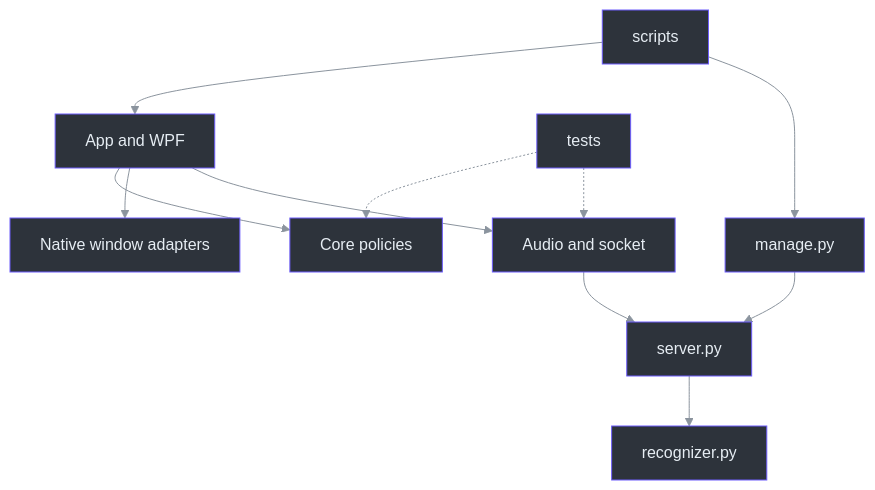
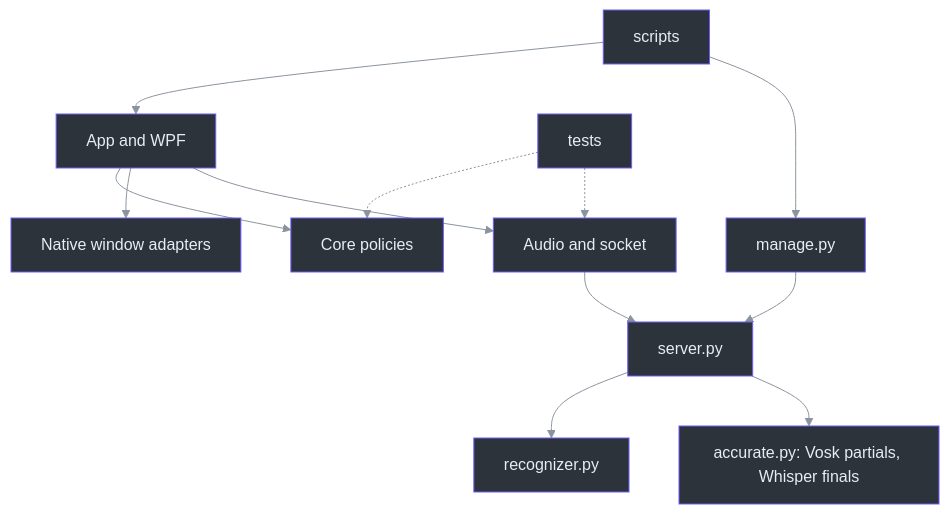
The diagram in docs/handbook/assets/diagrams/20-glossary-and-repository-map-01.mmd (Zanark/phantom-fudge), drawn with Mermaid before and after one commit. The commit also changed 371 other files, not shown here.

```diff
--- a/docs/handbook/assets/diagrams/20-glossary-and-repository-map-01.mmd
+++ b/docs/handbook/assets/diagrams/20-glossary-and-repository-map-01.mmd
@@ -1,25 +1,27 @@
 ---
 config: {"theme":"base","themeVariables":{"darkMode":true,"primaryColor":"#2d333b","primaryBorderColor":"#6d5dfc","primaryTextColor":"#e6edf3","lineColor":"#8b949e","textColor":"#e6edf3","clusterBkg":"#161b22","clusterBorder":"#30363d"}}
 ---
 flowchart TB
     accTitle: Repository responsibility map
     accDescr: Scripts launch the native app and managed service; the app uses Core and audio transport, while Python owns recognition.
     Scripts["scripts"] --> App["App and WPF"]
     Scripts --> Manager["manage.py"]
     App --> Core["Core policies"]
     App --> Native["Native window adapters"]
     App --> Audio["Audio and socket"]
     Audio --> Server["server.py"]
     Manager --> Server
     Server --> Recognizer["recognizer.py"]
+    Server --> Hybrid["accurate.py: Vosk partials, Whisper finals"]
     Tests["tests"] -.-> Core
     Tests -.-> Audio
     style Scripts fill:#2d333b,stroke:#6d5dfc,color:#e6edf3
     style App fill:#2d333b,stroke:#6d5dfc,color:#e6edf3
     style Manager fill:#2d333b,stroke:#6d5dfc,color:#e6edf3
     style Core fill:#2d333b,stroke:#6d5dfc,color:#e6edf3
     style Native fill:#2d333b,stroke:#6d5dfc,color:#e6edf3
     style Audio fill:#2d333b,stroke:#6d5dfc,color:#e6edf3
     style Server fill:#2d333b,stroke:#6d5dfc,color:#e6edf3
     style Recognizer fill:#2d333b,stroke:#6d5dfc,color:#e6edf3
+    style Hybrid fill:#2d333b,stroke:#6d5dfc,color:#e6edf3
     style Tests fill:#2d333b,stroke:#6d5dfc,color:#e6edf3
```
